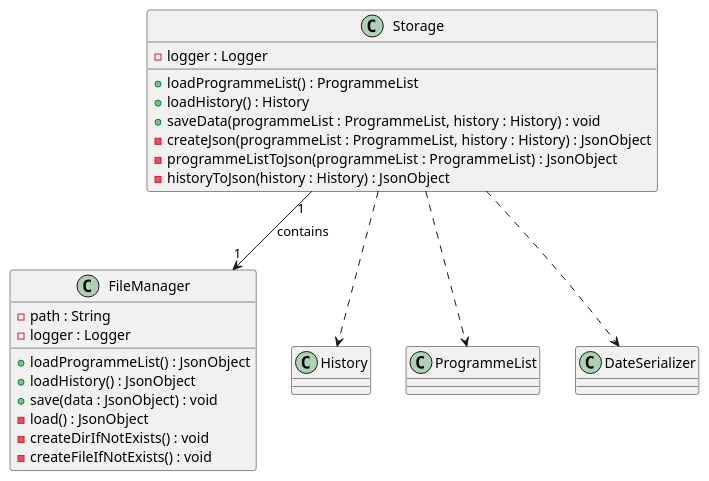
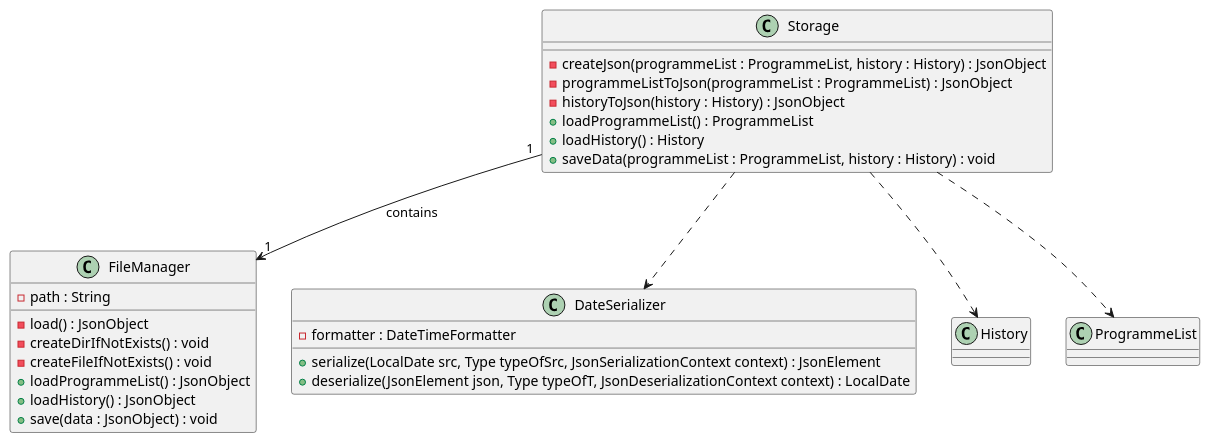
One commit to nus-cs2113-AY2425S1/tp changed the diagram in docs/diagrams/storageAndFileManager.puml. Above: the diagram before and after it, drawn with PlantUML. The commit also changed 1 other file, not shown here.

Commit message:
Add Date Seralizer in diagram

```diff
--- a/docs/diagrams/storageAndFileManager.puml
+++ b/docs/diagrams/storageAndFileManager.puml
@@ -1,30 +1,34 @@
 @startuml
 
 class Storage {
-    - logger : Logger
+    - createJson(programmeList : ProgrammeList, history : History) : JsonObject
+    - programmeListToJson(programmeList : ProgrammeList) : JsonObject
+    - historyToJson(history : History) : JsonObject
     + loadProgrammeList() : ProgrammeList
     + loadHistory() : History
     + saveData(programmeList : ProgrammeList, history : History) : void
-    - createJson(programmeList : ProgrammeList, history : History) : JsonObject
-    - programmeListToJson(programmeList : ProgrammeList) : JsonObject
-    - historyToJson(history : History) : JsonObject
 }
 
 class FileManager {
     - path : String
-    - logger : Logger
+    - load() : JsonObject
+    - createDirIfNotExists() : void
+    - createFileIfNotExists() : void
     + loadProgrammeList() : JsonObject
     + loadHistory() : JsonObject
     + save(data : JsonObject) : void
-    - load() : JsonObject
-    - createDirIfNotExists() : void
-    - createFileIfNotExists() : void
+}
+
+class DateSerializer {
+    - formatter : DateTimeFormatter
+    + serialize(LocalDate src, Type typeOfSrc, JsonSerializationContext context) : JsonElement
+    + deserialize(JsonElement json, Type typeOfT, JsonDeserializationContext context) : LocalDate
 }
 
 Storage "1" --> "1" FileManager : contains
 
 Storage ..> History
 Storage ..> ProgrammeList
 Storage ..> DateSerializer
 
 @enduml
```
